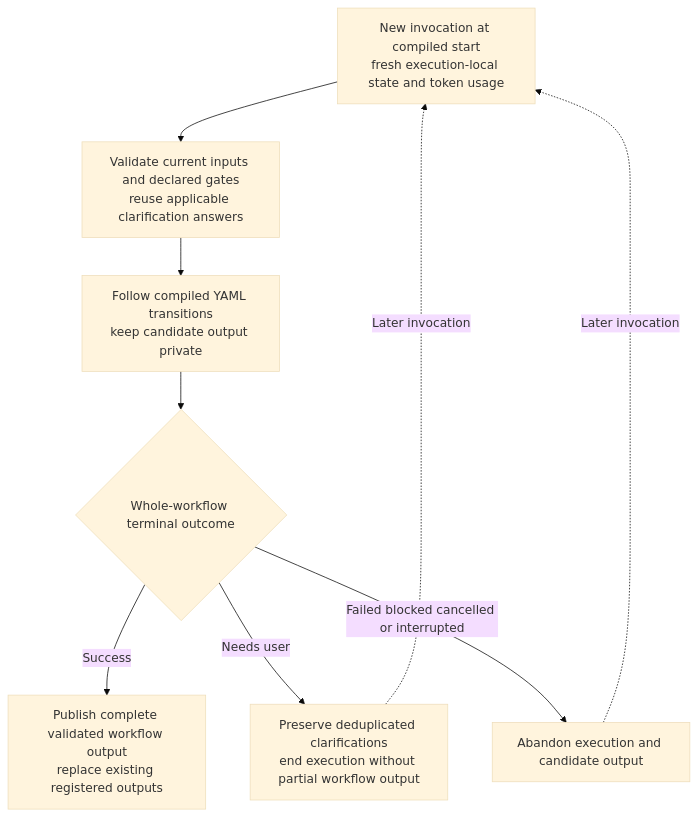
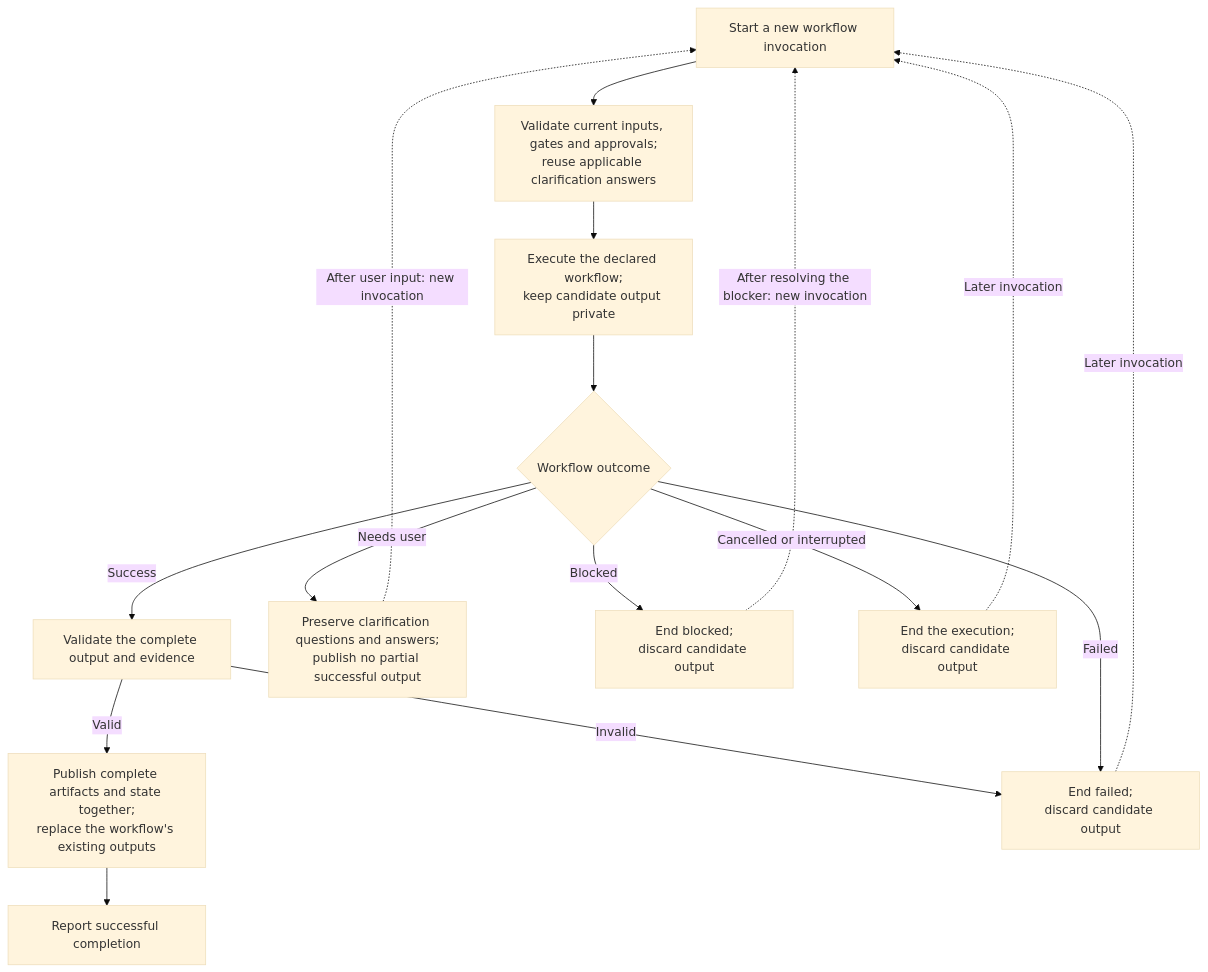
The diagram in design/diagrams/09-atomic-workflow-execution.md (littledespot/sdde), drawn with Mermaid (base theme) before and after one commit. The commit also changed other lines of this file and 79 other files, not shown here.

````diff
--- a/design/diagrams/09-atomic-workflow-execution.md
+++ b/design/diagrams/09-atomic-workflow-execution.md
@@ -4,11 +3,18 @@
 ```mermaid
 flowchart TD
-    START[New invocation at compiled start<br/>fresh execution-local state and token usage] --> INPUT[Validate current inputs and declared gates<br/>reuse applicable clarification answers]
-    INPUT --> RUN[Follow compiled YAML transitions<br/>keep candidate output private]
-    RUN --> RESULT{Whole-workflow terminal outcome}
-    RESULT -- Success --> OUTPUT[Publish complete validated workflow output<br/>replace existing registered outputs]
-    RESULT -- Needs user --> CLARIFY[Preserve deduplicated clarifications<br/>end execution without partial workflow output]
-    RESULT -- Failed blocked cancelled or interrupted --> ABANDON[Abandon execution and candidate output]
-    CLARIFY -. Later invocation .-> START
+    START["Start a new workflow invocation"] --> INPUTS["Validate current inputs, gates and approvals;<br/>reuse applicable clarification answers"]
+    INPUTS --> RUN["Execute the declared workflow;<br/>keep candidate output private"]
+    RUN --> RESULT{"Workflow outcome"}
+    RESULT -->|Success| VALIDATE["Validate the complete output and evidence"]
+    VALIDATE -->|Valid| OUTPUT["Publish complete artifacts and state together;<br/>replace the workflow's existing outputs"]
+    OUTPUT --> COMPLETE["Report successful completion"]
+    VALIDATE -->|Invalid| FAILED["End failed;<br/>discard candidate output"]
+    RESULT -->|Needs user| CLARIFY["Preserve clarification questions and answers;<br/>publish no partial successful output"]
+    RESULT -->|Failed| FAILED
+    RESULT -->|Blocked| BLOCKED["End blocked;<br/>discard candidate output"]
+    RESULT -->|Cancelled or interrupted| ABANDON["End the execution;<br/>discard candidate output"]
+    CLARIFY -. After user input: new invocation .-> START
+    FAILED -. Later invocation .-> START
+    BLOCKED -. After resolving the blocker: new invocation .-> START
     ABANDON -. Later invocation .-> START
 ```
````
